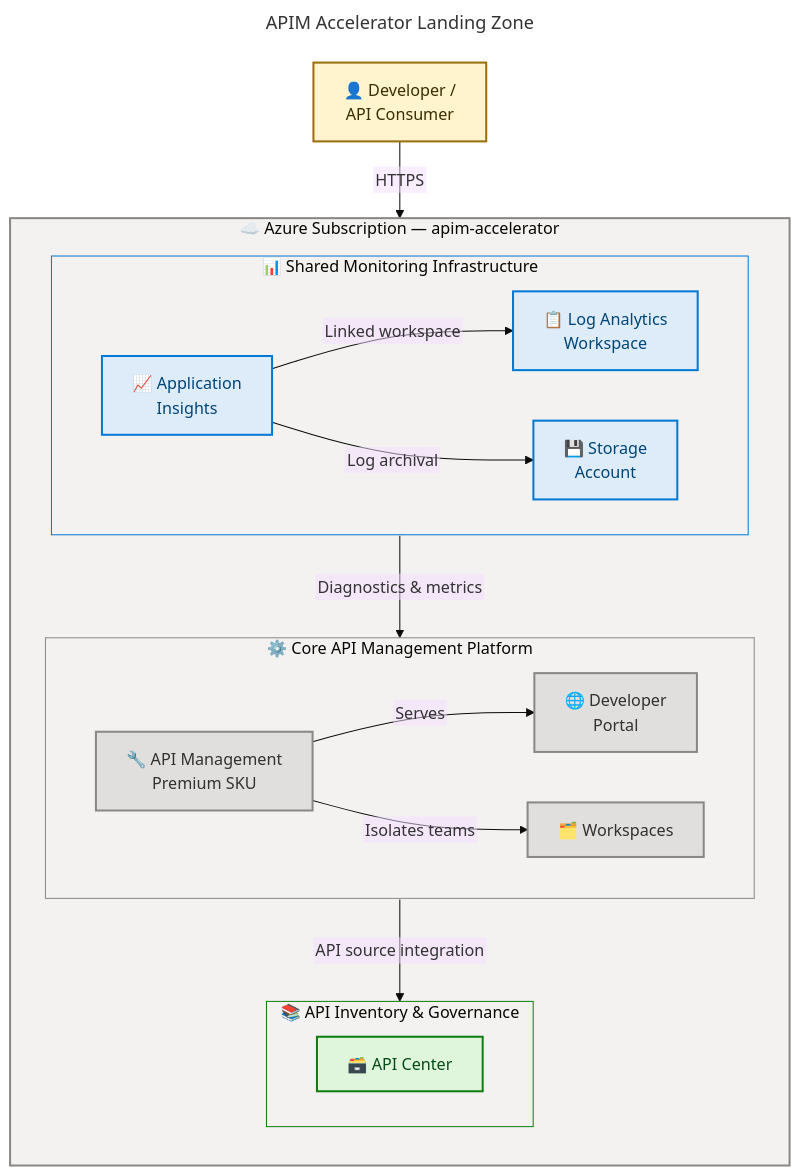
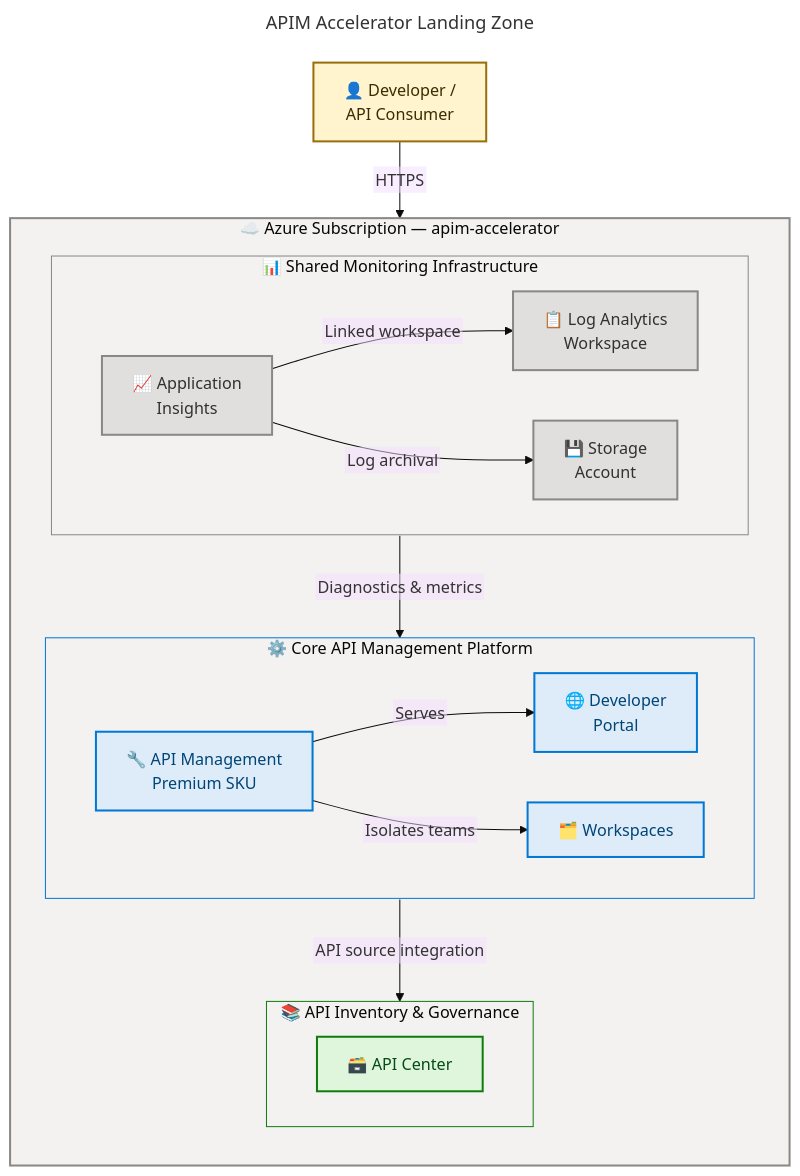
The diagram in README.md (Evilazaro/APIM-Accelerator), drawn with Mermaid before and after one commit.

Commit message:
Update README.md flowchart color semantics and styles for improved clarity

````diff
--- a/README.md
+++ b/README.md
@@ -59,72 +59,73 @@
 ```mermaid
 ---
 title: APIM Accelerator Landing Zone
 config:
   theme: base
   themeVariables:
     fontSize: '16px'
   flowchart:
     htmlLabels: false
 ---
 flowchart TB
     accTitle: APIM Accelerator Landing Zone
     accDescr: Azure API Management landing zone with shared monitoring infrastructure, core APIM platform including developer portal and workspaces, and API Center for centralized API governance
 
     %% ═══════════════════════════════════════════════════════════════════════════
     %% AZURE / FLUENT ARCHITECTURE PATTERN v1.1
     %% (Semantic + Structural + Font + Accessibility Governance)
     %% ═══════════════════════════════════════════════════════════════════════════
     %% PHASE 1 - STRUCTURAL: TB direction explicit, 2-level nesting, 3 functional subgraphs
-    %% PHASE 2 - SEMANTIC: 4 colors (external/warning, monitoring/info, core/neutral, inventory/success) ≤ 5
-    %%   external: Developer consumer | monitoring: Observability stack | core: APIM platform | inventory: API governance
+    %% PHASE 2 - SEMANTIC: 4 colors (external/warning, monitoring/neutral, core/blue, inventory/success) ≤ 5
+    %%   external: Developer consumer | monitoring: Observability support stack (neutral)
+    %%   core: Primary Azure APIM platform (Azure blue) | inventory: API governance (green)
     %% PHASE 3 - FONT: Dark text on 100-level fills, contrast ≥ 4.5:1 (WCAG AA)
     %% PHASE 4 - ACCESSIBILITY: accTitle/accDescr present, semantic icons on all content nodes
     %% PHASE 5 - STANDARD: v1.1 format, classDefs centralized below subgraphs, 4 style directives
     %% ═══════════════════════════════════════════════════════════════════════════
 
     Dev["👤 Developer /\nAPI Consumer"]:::external
 
     subgraph azure["☁️ Azure Subscription — apim-accelerator"]
         direction TB
 
         subgraph shared["📊 Shared Monitoring Infrastructure"]
             direction LR
             LAW["📋 Log Analytics\nWorkspace"]:::monitoring
             AI["📈 Application\nInsights"]:::monitoring
             SA["💾 Storage\nAccount"]:::monitoring
             AI -->|"Linked workspace"| LAW
             AI -->|"Log archival"| SA
         end
 
         subgraph apimcore["⚙️ Core API Management Platform"]
             direction LR
             APIM["🔧 API Management\nPremium SKU"]:::core
             Portal["🌐 Developer\nPortal"]:::core
             WS["🗂️ Workspaces"]:::core
             APIM -->|"Serves"| Portal
             APIM -->|"Isolates teams"| WS
         end
 
         subgraph inv["📚 API Inventory & Governance"]
             direction LR
             APC["🗃️ API Center"]:::inventory
         end
 
         shared      -->|"Diagnostics & metrics"| apimcore
         apimcore    -->|"API source integration"| inv
     end
 
     Dev -->|"HTTPS"| APIM
 
     %% Centralized classDefs
     classDef external   fill:#FFF4CE,stroke:#986F0B,stroke-width:2px,color:#3B2C00
-    classDef monitoring fill:#DEECF9,stroke:#0078D4,stroke-width:2px,color:#004578
-    classDef core       fill:#E1DFDD,stroke:#8A8886,stroke-width:2px,color:#323130
+    classDef monitoring fill:#E1DFDD,stroke:#8A8886,stroke-width:2px,color:#323130
+    classDef core       fill:#DEECF9,stroke:#0078D4,stroke-width:2px,color:#004578
     classDef inventory  fill:#DFF6DD,stroke:#107C10,stroke-width:2px,color:#054B16
 
     %% Subgraph style directives (4 subgraphs = 4 style directives)
     style azure     fill:#F3F2F1,stroke:#8A8886,stroke-width:2px,color:#323130
-    style shared    fill:#F3F2F1,stroke:#0078D4,stroke-width:1px,color:#323130
-    style apimcore  fill:#F3F2F1,stroke:#8A8886,stroke-width:1px,color:#323130
+    style shared    fill:#F3F2F1,stroke:#8A8886,stroke-width:1px,color:#323130
+    style apimcore  fill:#F3F2F1,stroke:#0078D4,stroke-width:1px,color:#323130
     style inv       fill:#F3F2F1,stroke:#107C10,stroke-width:1px,color:#323130
 ```
````
